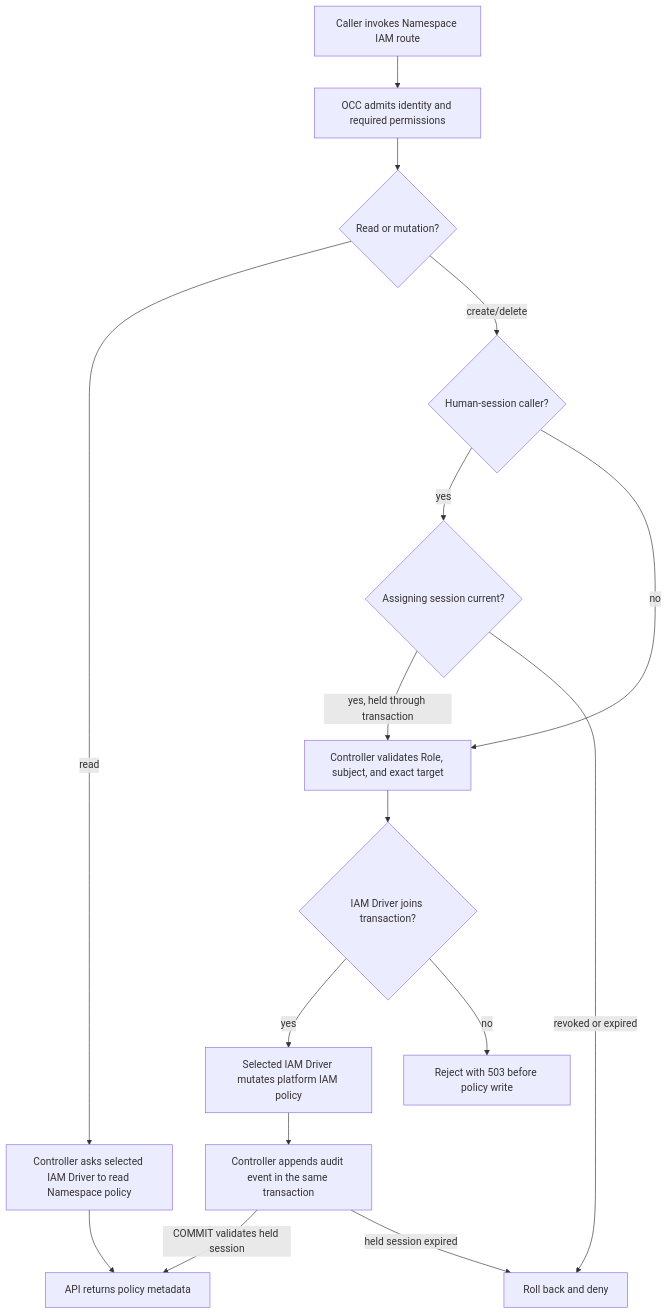
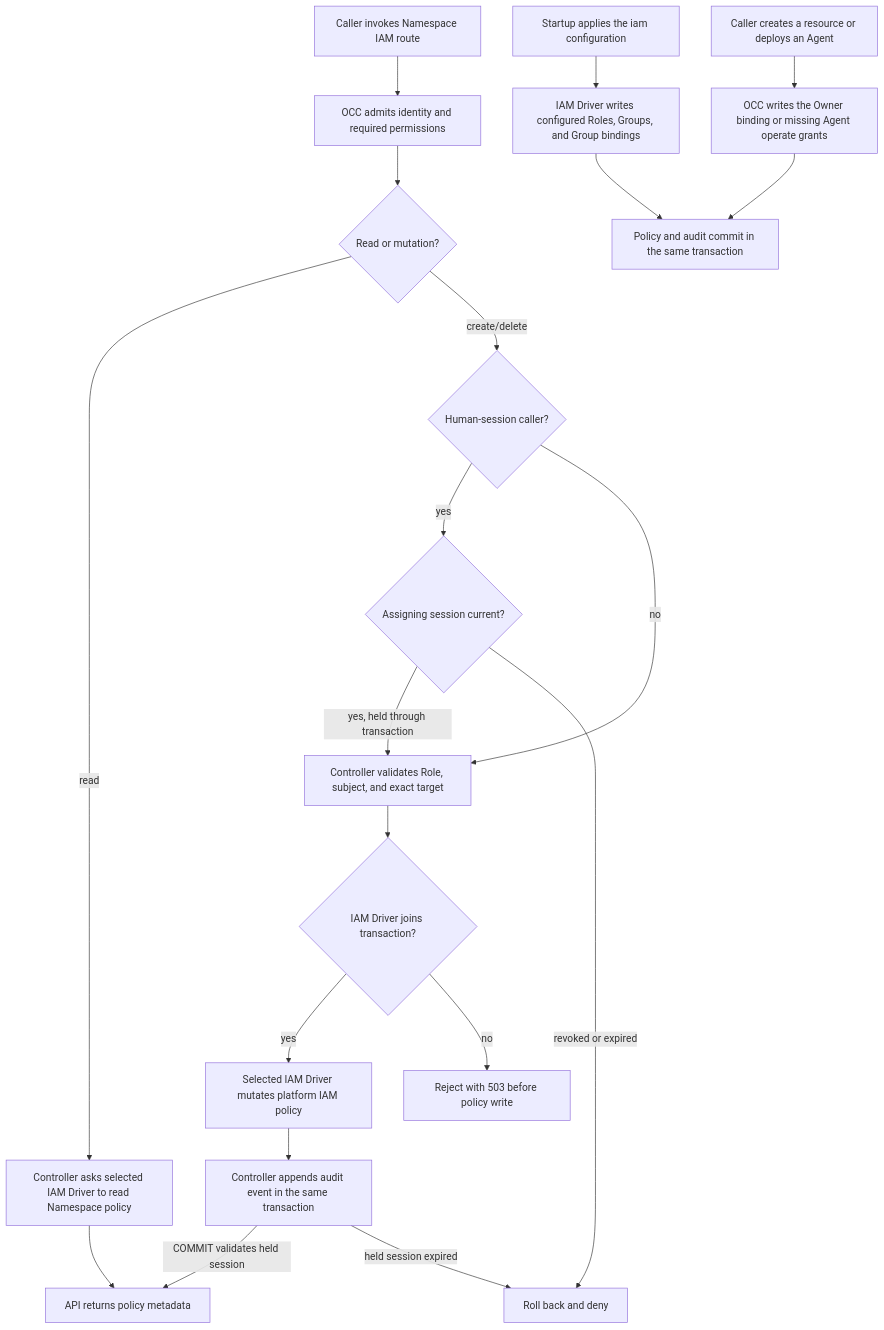
Before and after one commit to openclaw/openclaw-enterprise: the diagram in docs/flows/namespace-iam-policy.md, drawn with Mermaid. The commit also changed other lines of this file and 59 other files, not shown here.

````diff
--- a/docs/flows/namespace-iam-policy.md
+++ b/docs/flows/namespace-iam-policy.md
@@ -30,18 +35,22 @@
 ```mermaid
 graph TD
   A["Caller invokes Namespace IAM route"] --> B["OCC admits identity and required permissions"]
   B --> C{"Read or mutation?"}
   C -->|read| D["Controller asks selected IAM Driver to read Namespace policy"]
   C -->|create/delete| S{"Human-session caller?"}
   S -->|yes| L{"Assigning session current?"}
   L -->|yes, held through transaction| E["Controller validates Role, subject, and exact target"]
   L -->|revoked or expired| X["Roll back and deny"]
   S -->|no| E
   E --> T{"IAM Driver joins transaction?"}
   T -->|yes| F["Selected IAM Driver mutates platform IAM policy"]
   T -->|no| U["Reject with 503 before policy write"]
   F --> G["Controller appends audit event in the same transaction"]
   D --> H["API returns policy metadata"]
   G -->|COMMIT validates held session| H
   G -->|held session expired| X
+  M["Startup applies the iam configuration"] --> P["IAM Driver writes configured Roles, Groups, and Group bindings"]
+  N["Caller creates a resource or deploys an Agent"] --> O["OCC writes the Owner binding or missing Agent operate grants"]
+  P --> Q["Policy and audit commit in the same transaction"]
+  O --> Q
 ```
````
